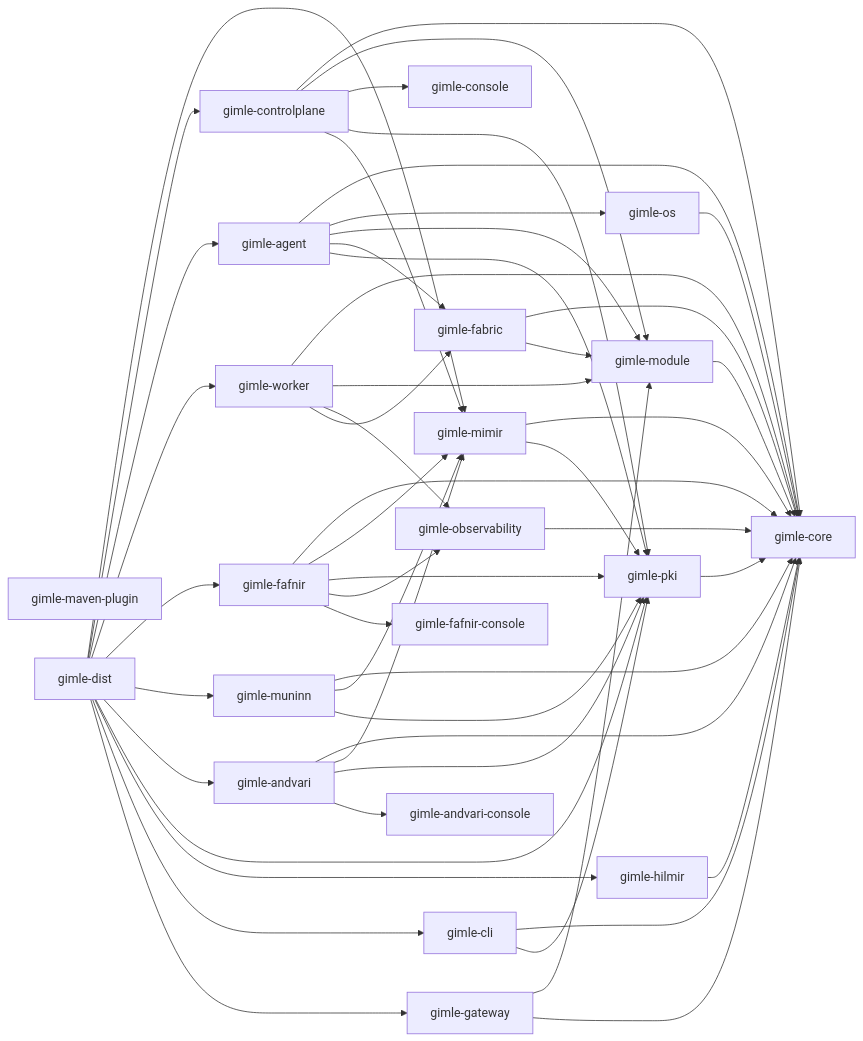
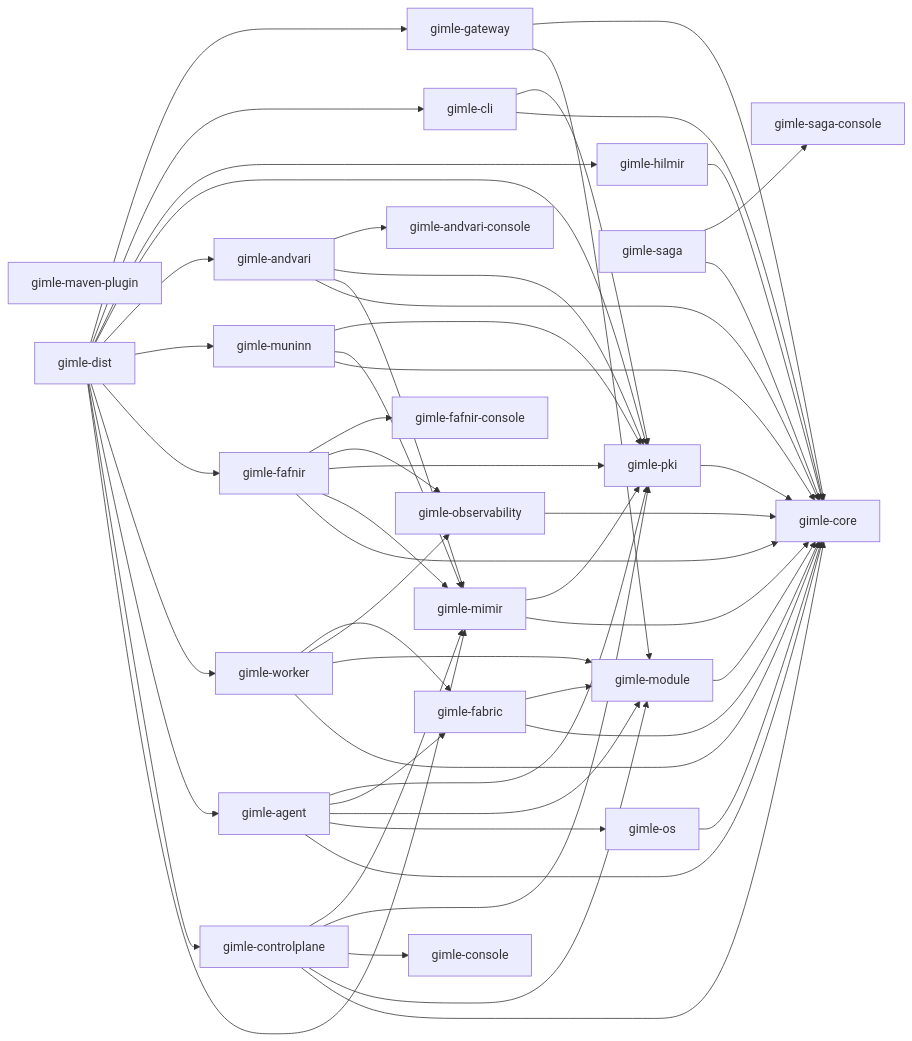
Before and after one commit to ghiloufibg/gimle: the diagram in gimle-docs/docs/contributing/project-structure.md, drawn with Mermaid. The commit also changed other lines of this file and 14 other files, not shown here.

Commit message:
feat(saga): add saga report server with run store, flake ledger, and console serving

````diff
--- a/gimle-docs/docs/contributing/project-structure.md
+++ b/gimle-docs/docs/contributing/project-structure.md
@@ -16,55 +16,57 @@
 ```mermaid
 graph LR
     core[gimle-core]
     module[gimle-module] --> core
     os[gimle-os] --> core
     observability[gimle-observability] --> core
     fabric[gimle-fabric] --> core
     fabric --> module
     gateway[gimle-gateway] --> module
     gateway --> core
     pki[gimle-pki] --> core
     worker[gimle-worker] --> core
     worker --> module
     worker --> observability
     worker --> fabric
     agent[gimle-agent] --> core
     agent --> os
     agent --> module
     agent --> fabric
     agent --> pki
     mimir[gimle-mimir] --> core
     mimir --> pki
     fafnir[gimle-fafnir] --> core
     fafnir --> mimir
     fafnir --> pki
     fafnir --> observability
     fafnir --> fafnirconsole[gimle-fafnir-console]
     muninn[gimle-muninn] --> core
     muninn --> mimir
     muninn --> pki
     andvari[gimle-andvari] --> core
     andvari --> mimir
     andvari --> pki
     andvari --> andvariconsole[gimle-andvari-console]
     controlplane[gimle-controlplane] --> core
     controlplane --> module
     controlplane --> console[gimle-console]
     controlplane --> pki
     controlplane --> mimir
     cli[gimle-cli] --> core
     cli --> pki
+    saga[gimle-saga] --> core
+    saga --> sagaconsole[gimle-saga-console]
     hilmir[gimle-hilmir] --> core
     mavenplugin[gimle-maven-plugin]
     dist[gimle-dist] --> mimir
     dist --> controlplane
     dist --> agent
     dist --> worker
     dist --> fafnir
     dist --> muninn
     dist --> andvari
     dist --> pki
     dist --> hilmir
     dist --> cli
     dist --> gateway
 ```
````
